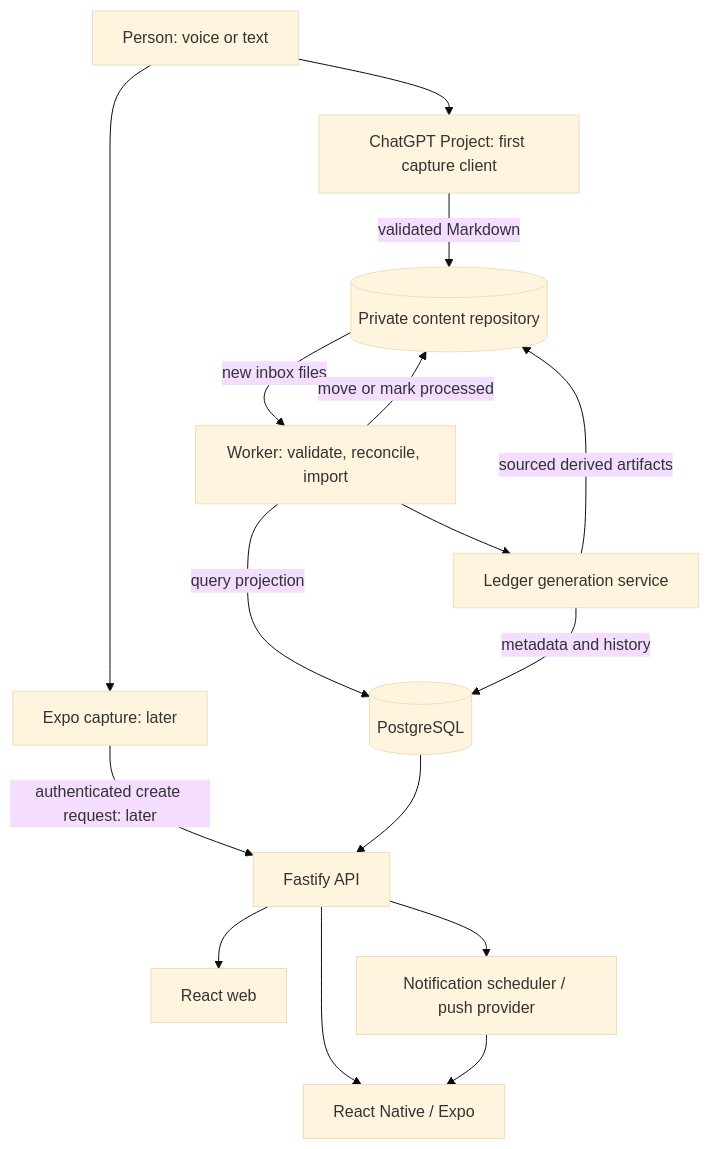
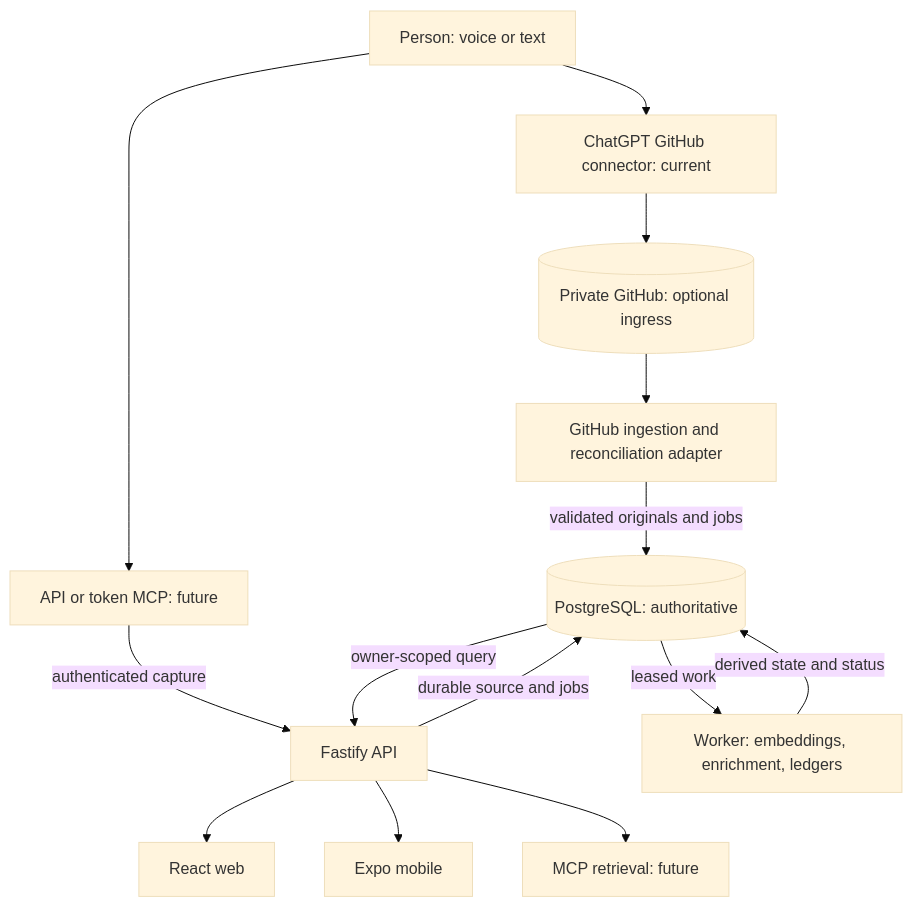
Before and after one commit to vokerg/personal_context_engine: the diagram in docs/02-architecture.md, drawn with Mermaid (base theme). The commit also changed other lines of this file, not shown here.

Commit message:
docs: align architecture diagrams and vision with DB-first pipeline

````diff
--- a/docs/02-architecture.md
+++ b/docs/02-architecture.md
@@ -7,18 +7,16 @@
 ```mermaid
 flowchart TD
-  U[Person: voice or text] --> CP[ChatGPT Project: first capture client]
-  U --> MC[Expo capture: later]
-  CP -->|validated Markdown| CR[(Private content repository)]
-  MC -->|authenticated create request: later| API
-  CR -->|new inbox files| W[Worker: validate, reconcile, import]
-  W -->|query projection| DB[(PostgreSQL)]
-  W -->|move or mark processed| CR
-  DB --> API[Fastify API]
+  U[Person: voice or text] --> G[ChatGPT GitHub connector: current]
+  U --> M[API or token MCP: future]
+  G --> C[(Private GitHub: optional ingress)]
+  C --> I[GitHub ingestion and reconciliation adapter]
+  I -->|validated originals and jobs| DB[(PostgreSQL: authoritative)]
+  M -->|authenticated capture| API[Fastify API]
+  API -->|durable source and jobs| DB
+  DB -->|leased work| W[Worker: embeddings, enrichment, ledgers]
+  W -->|derived state and status| DB
+  DB -->|owner-scoped query| API
   API --> WEB[React web]
-  API --> MOB[React Native / Expo]
-  W --> LED[Ledger generation service]
-  LED -->|sourced derived artifacts| CR
-  LED -->|metadata and history| DB
-  API --> NOTIF[Notification scheduler / push provider]
-  NOTIF --> MOB
+  API --> MOB[Expo mobile]
+  API --> MCP[MCP retrieval: future]
 ```
````
